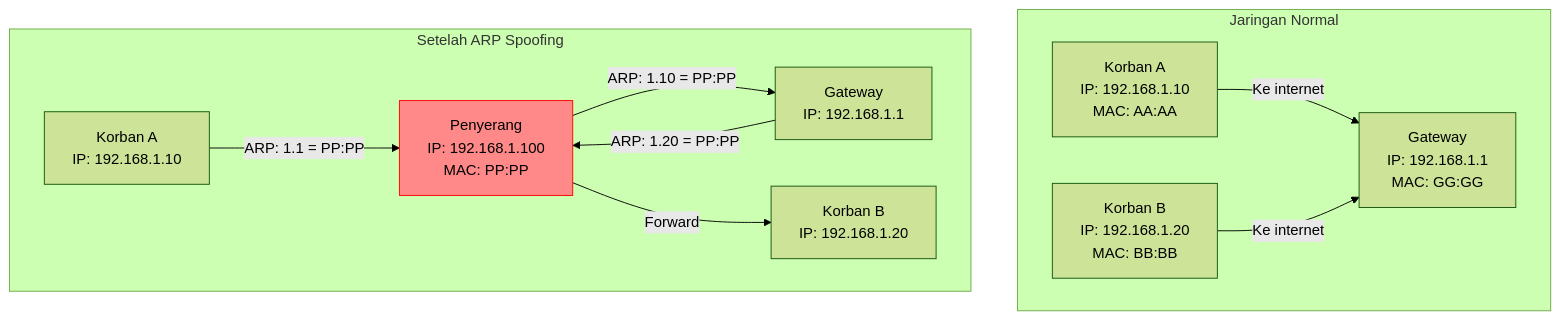
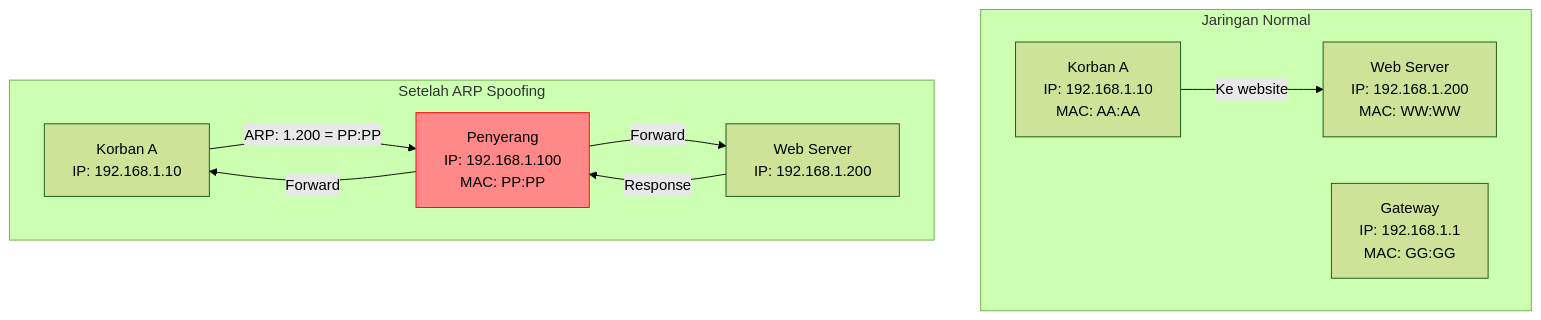
Before and after one commit to Muhammad-Ikhwan-Fathulloh/Network-Security-Course-Bank: the second of 2 diagrams in Pertemuan3.md, drawn with Mermaid (forest theme). The commit also changed other lines of this file, not shown here.

````diff
--- a/Pertemuan3.md
+++ b/Pertemuan3.md
@@ -79,25 +80,23 @@
 ```mermaid
 graph TD
     subgraph Jaringan Normal
         A[Korban A<br>IP: 192.168.1.10<br>MAC: AA:AA]
         B[Gateway<br>IP: 192.168.1.1<br>MAC: GG:GG]
-        C[Korban B<br>IP: 192.168.1.20<br>MAC: BB:BB]
+        C[Web Server<br>IP: 192.168.1.200<br>MAC: WW:WW]
         
-        A -->|"Ke internet"| B
-        C -->|"Ke internet"| B
+        A -->|"Ke website"| C
     end
     
     subgraph Setelah ARP Spoofing
         A2[Korban A<br>IP: 192.168.1.10]
         P[Penyerang<br>IP: 192.168.1.100<br>MAC: PP:PP]
-        B2[Gateway<br>IP: 192.168.1.1]
-        C2[Korban B<br>IP: 192.168.1.20]
+        C2[Web Server<br>IP: 192.168.1.200]
         
-        A2 -->|"ARP: 1.1 = PP:PP"| P
-        P -->|"ARP: 1.10 = PP:PP"| B2
-        B2 -->|"ARP: 1.20 = PP:PP"| P
+        A2 -->|"ARP: 1.200 = PP:PP"| P
         P -->|"Forward"| C2
+        C2 -->|"Response"| P
+        P -->|"Forward"| A2
         
         style P fill:#ff8888,stroke:#f00
     end
 ```
````
